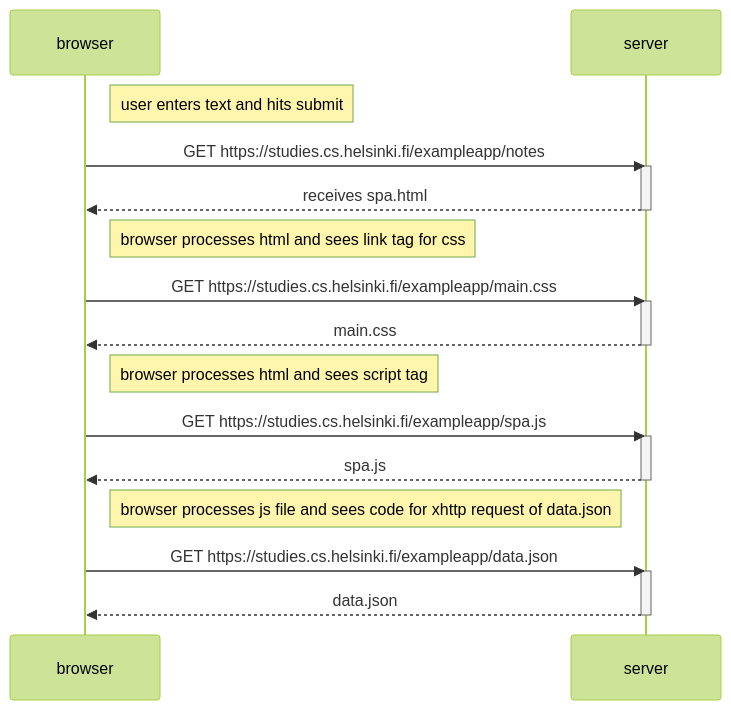
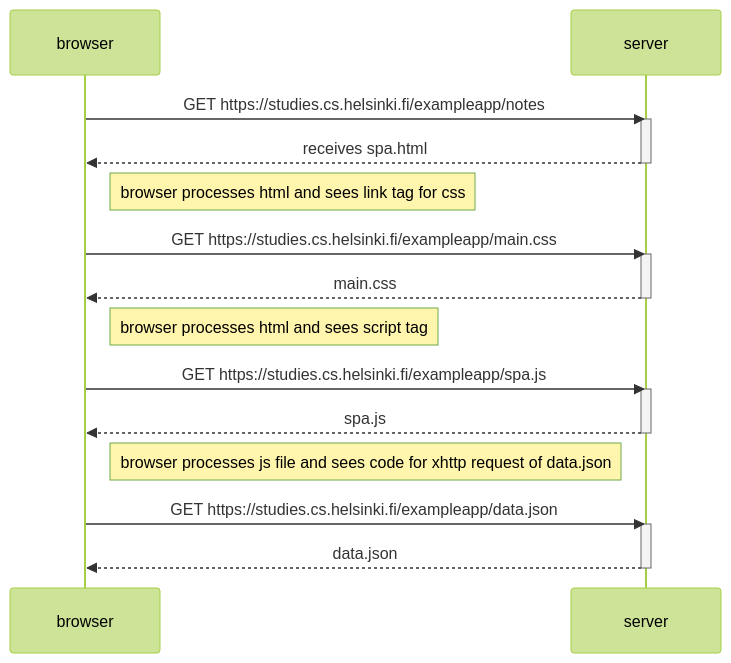
Before and after one commit to fullstackstan/FSO2023: the diagram in part 0/exercise0-5/sequence-diagram.md, drawn with Mermaid (forest theme).

Commit message:
remove text from diagram

````diff
--- a/part 0/exercise0-5/sequence-diagram.md
+++ b/part 0/exercise0-5/sequence-diagram.md
@@ -2,36 +2,32 @@
 ```mermaid
 sequenceDiagram
     participant browser
     participant server
-
-    note right of browser: user enters text and hits submit
     
-    
-
     browser->>server: GET https://studies.cs.helsinki.fi/exampleapp/notes
     activate server
     server-->>browser: receives spa.html
     deactivate server
 
     note right of browser: browser processes html and sees  link tag for css
 
     browser->>server: GET https://studies.cs.helsinki.fi/exampleapp/main.css
     activate server
     server-->>browser: main.css
 
     deactivate server
     
     note right of browser: browser processes html and sees script tag 
 
     browser->>server: GET https://studies.cs.helsinki.fi/exampleapp/spa.js
     activate server
     server-->>browser: spa.js
     deactivate server
 
     note right of browser: browser processes js file and sees code for xhttp request of data.json 
 
     browser->>server: GET https://studies.cs.helsinki.fi/exampleapp/data.json
     activate server
     server-->>browser: data.json
     deactivate server
    ```
````
